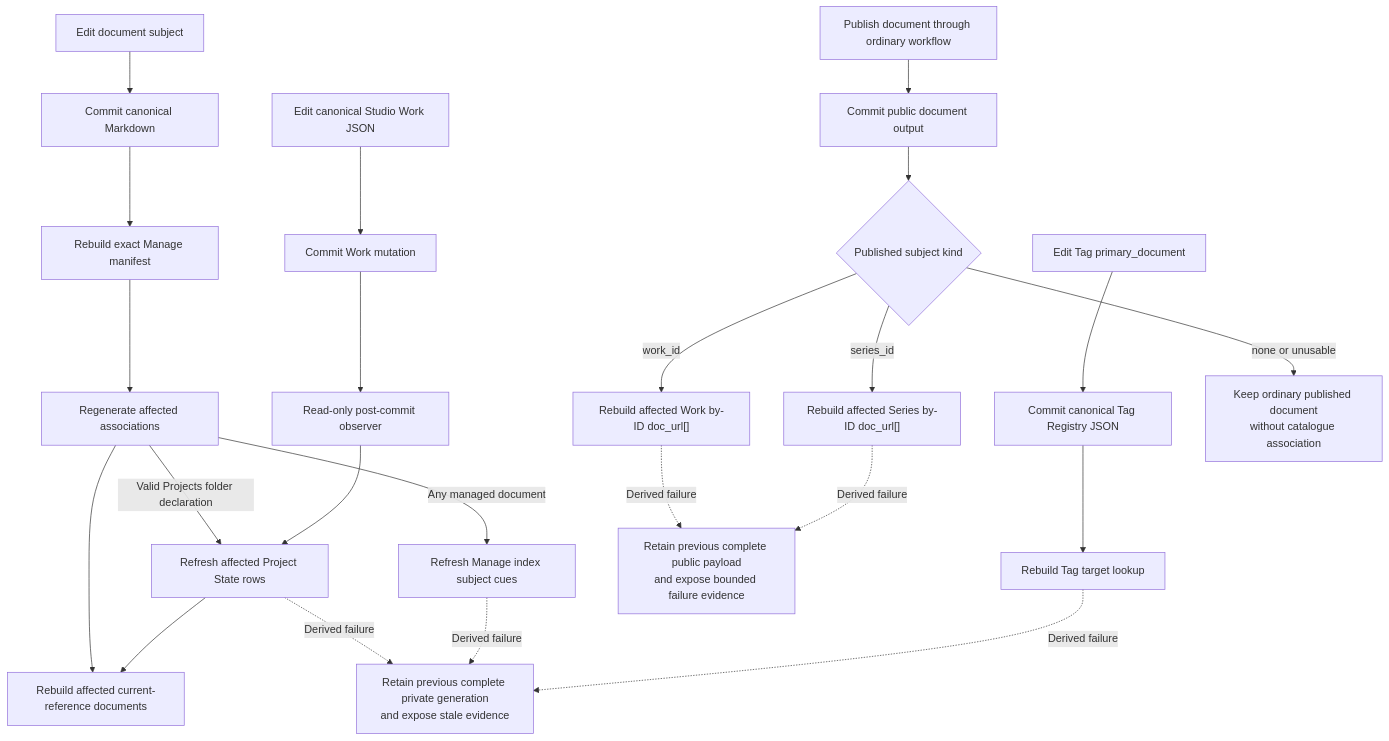
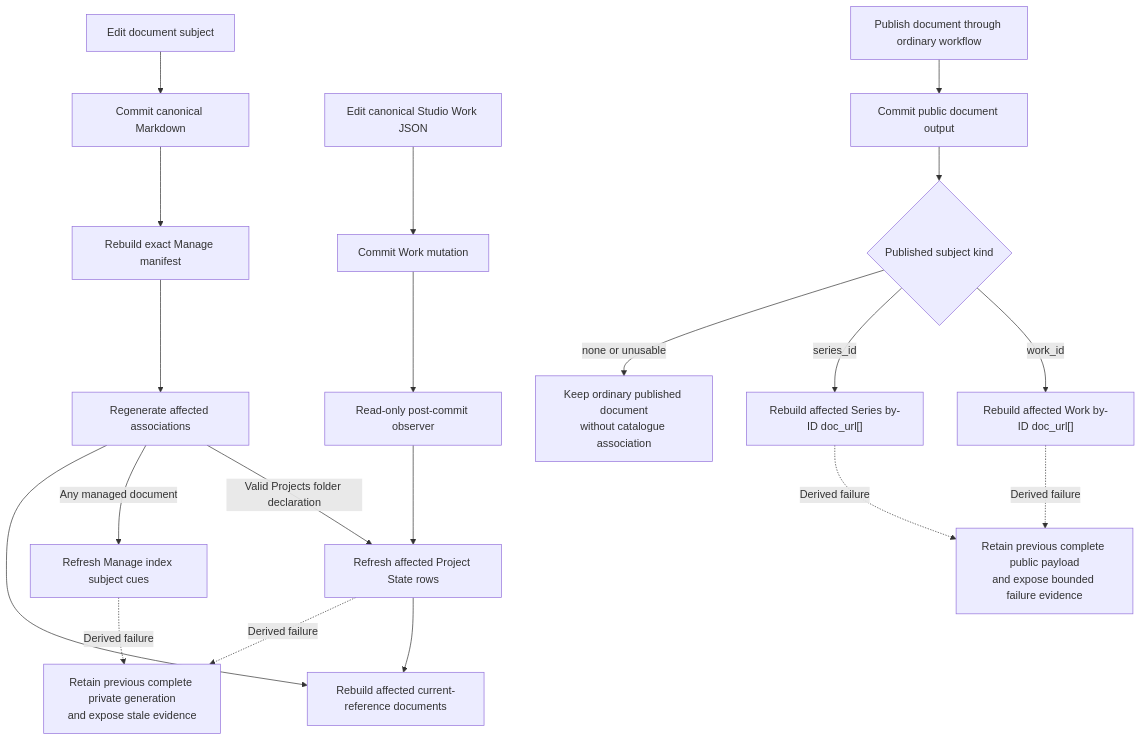
Before and after one commit to dotlineform/dotlineform-site: the second of 2 diagrams in docs-viewer/scopes/studio/source/documents/d-20260802-194358-7717ee.md, drawn with Mermaid. The commit also changed other lines of this file and 38 other files, not shown here.

````diff
--- a/docs-viewer/scopes/studio/source/documents/d-20260802-194358-7717ee.md
+++ b/docs-viewer/scopes/studio/source/documents/d-20260802-194358-7717ee.md
@@ -226,32 +228,28 @@
 ```mermaid
 flowchart TD
     accTitle: Sub-Scope Publishing mutation and refresh boundaries
     accDescr: Canonical document and Studio mutations commit before bounded builders refresh private or public derived products; a derived failure retains the previous complete generation.
 
     docEdit["Edit document subject"] --> docCommit["Commit canonical Markdown"]
     docCommit --> manageBuild["Rebuild exact Manage manifest"]
     manageBuild --> associationBuild["Regenerate affected associations"]
     associationBuild -->|"Valid Projects folder declaration"| projectRefresh["Refresh affected Project State rows"]
     associationBuild -->|"Any managed document"| indexCues["Refresh Manage index subject cues"]
     associationBuild --> referenceBuild["Rebuild affected current-reference documents"]
     projectRefresh --> referenceBuild
 
     workEdit["Edit canonical Studio Work JSON"] --> workCommit["Commit Work mutation"]
     workCommit --> observer["Read-only post-commit observer"]
     observer --> projectRefresh
 
-    tagEdit["Edit Tag primary_document"] --> tagCommit["Commit canonical Tag Registry JSON"]
-    tagCommit --> tagLookup["Rebuild Tag target lookup"]
-
     publish["Publish document through ordinary workflow"] --> publicDocs["Commit public document output"]
     publicDocs --> subjectRoute{"Published subject kind"}
     subjectRoute -->|"work_id"| workJson["Rebuild affected Work by-ID doc_url[]"]
     subjectRoute -->|"series_id"| seriesJson["Rebuild affected Series by-ID doc_url[]"]
     subjectRoute -->|"none or unusable"| ordinaryPublic["Keep ordinary published document<br/>without catalogue association"]
 
     projectRefresh -. "Derived failure" .-> privateStale["Retain previous complete private generation<br/>and expose stale evidence"]
     indexCues -. "Derived failure" .-> privateStale
-    tagLookup -. "Derived failure" .-> privateStale
     workJson -. "Derived failure" .-> publicStale["Retain previous complete public payload<br/>and expose bounded failure evidence"]
     seriesJson -. "Derived failure" .-> publicStale
 ```
````
